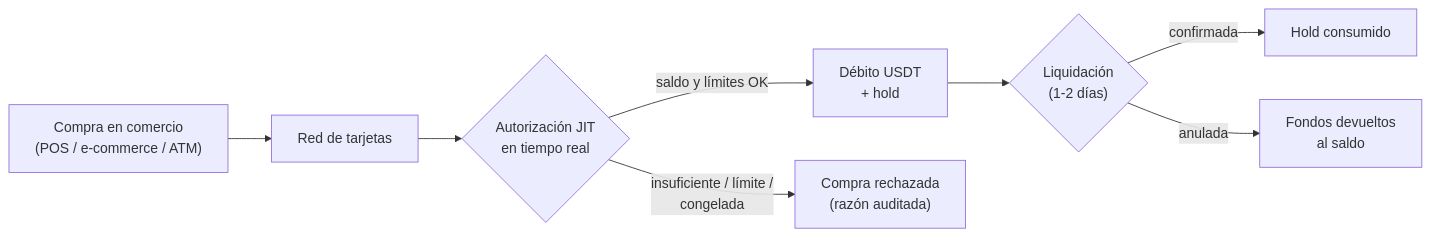
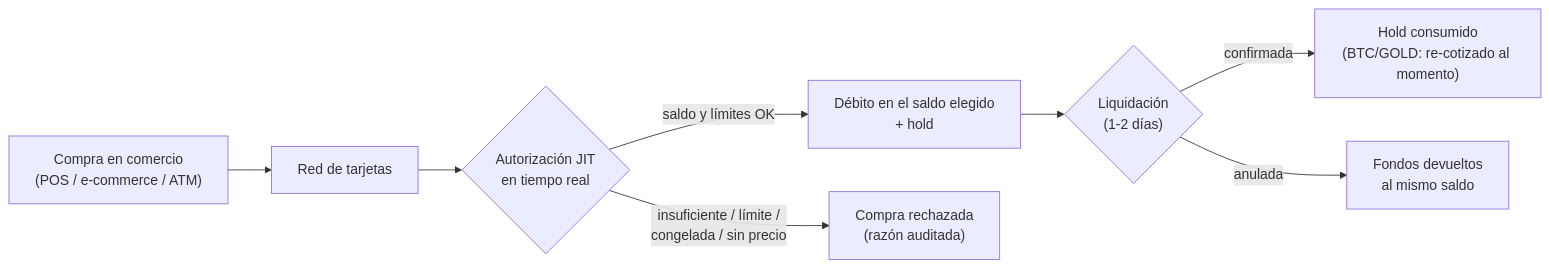
Before and after one commit to SaturoS17/docs: diagram 19 of 24 in CBPAY_DOCUMENTACION.md, drawn with Mermaid. The commit also changed other lines of this file and 13 other files, not shown here.

Commit message:
tarjetas multi-asset: spending_asset por tarjeta (USDT/USDC 1:1, BTC/GOLD conversion al momento) - v1.31/v1.32

````diff
--- a/CBPAY_DOCUMENTACION.md
+++ b/CBPAY_DOCUMENTACION.md
@@ -3520,10 +3524,10 @@
 ```mermaid
 flowchart LR
     compra["Compra en comercio<br/>(POS / e-commerce / ATM)"] --> red["Red de tarjetas"]
     red --> jit{"Autorización JIT<br/>en tiempo real"}
-    jit -->|"saldo y límites OK"| debito["Débito USDT<br/>+ hold"]
-    jit -->|"insuficiente / límite /<br/>congelada"| rechazo["Compra rechazada<br/>(razón auditada)"]
+    jit -->|"saldo y límites OK"| debito["Débito en el saldo elegido<br/>+ hold"]
+    jit -->|"insuficiente / límite /<br/>congelada / sin precio"| rechazo["Compra rechazada<br/>(razón auditada)"]
     debito --> liquidacion{"Liquidación<br/>(1-2 días)"}
-    liquidacion -->|"confirmada"| settle["Hold consumido"]
-    liquidacion -->|"anulada"| refund["Fondos devueltos<br/>al saldo"]
+    liquidacion -->|"confirmada"| settle["Hold consumido<br/>(BTC/GOLD: re-cotizado al momento)"]
+    liquidacion -->|"anulada"| refund["Fondos devueltos<br/>al mismo saldo"]
 ```
````
